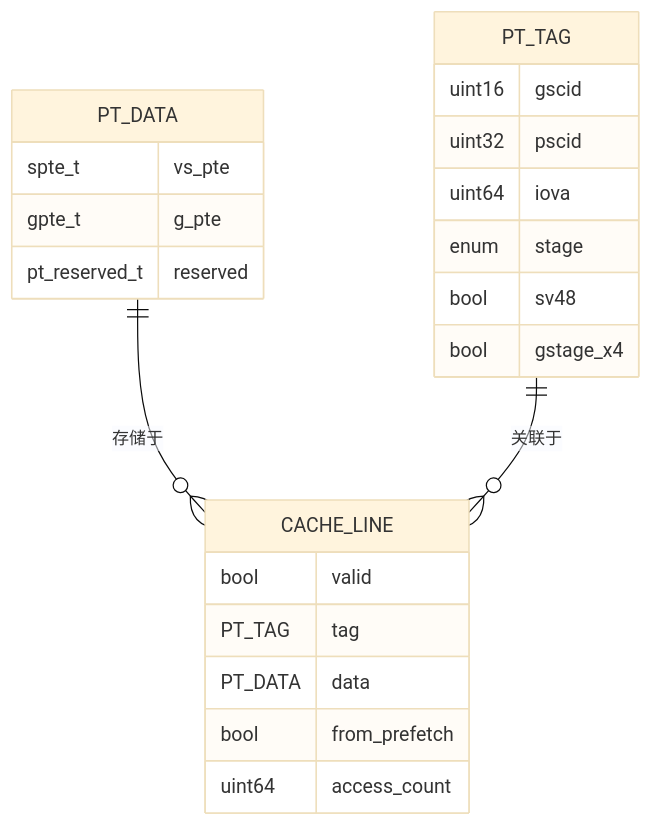
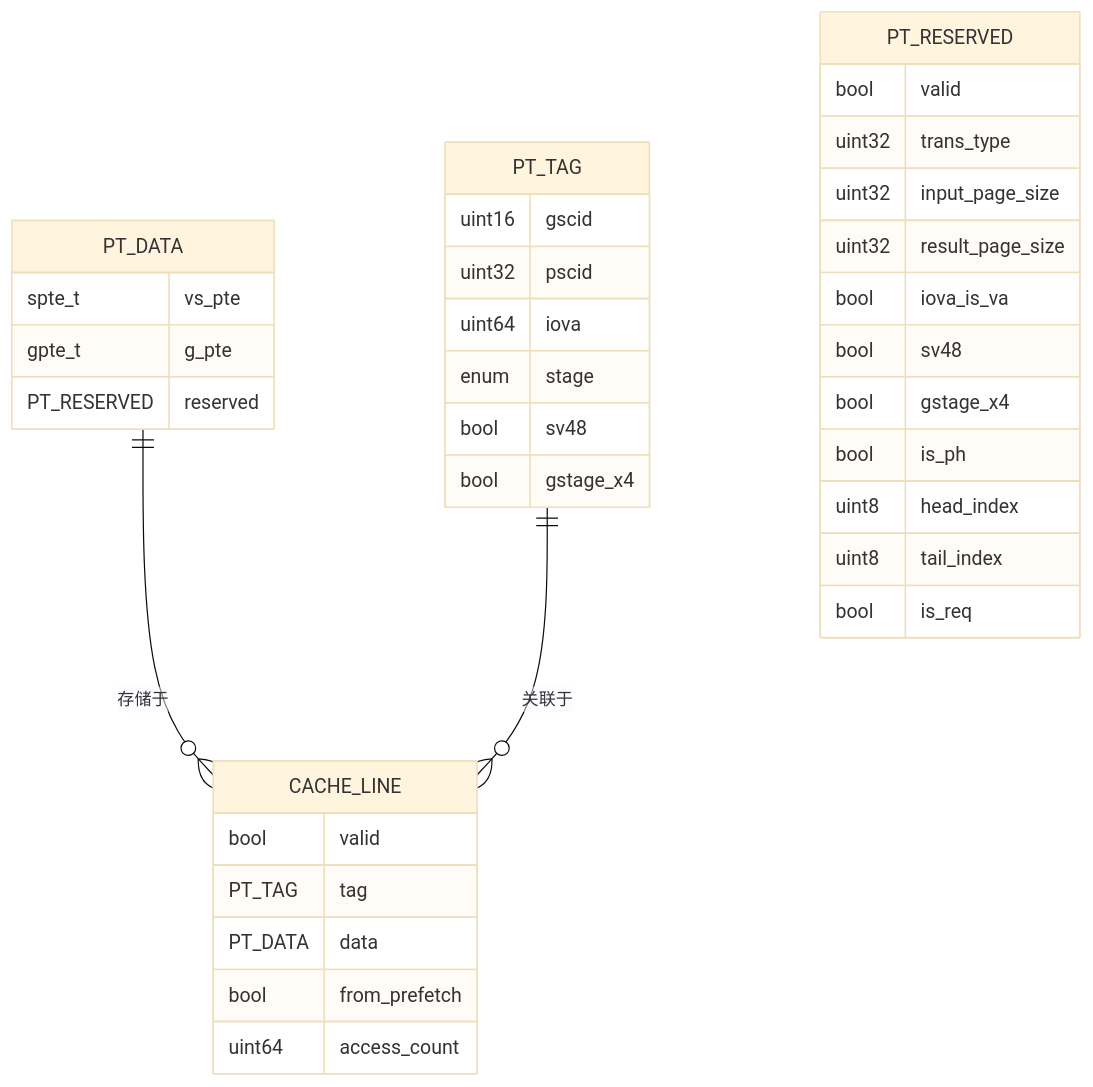
The seventh of 15 diagrams in .qoder/repowiki/zh/content/缓存系统架构/页表缓存(PT Cache)/页表缓存(PT Cache).md (jiangjiang1122/iommu_model_20260401_v1), drawn with Mermaid (base theme) before and after one commit. The commit also changed other lines of this file and 21 other files, not shown here.

````diff
--- a/.qoder/repowiki/zh/content/缓存系统架构/页表缓存(PT Cache)/页表缓存(PT Cache).md
+++ b/.qoder/repowiki/zh/content/缓存系统架构/页表缓存(PT Cache)/页表缓存(PT Cache).md
@@ -393,25 +434,38 @@
 ```mermaid
 erDiagram
 PT_TAG {
 uint16 gscid
 uint32 pscid
 uint64 iova
 enum stage
 bool sv48
 bool gstage_x4
 }
 PT_DATA {
 spte_t vs_pte
 gpte_t g_pte
-pt_reserved_t reserved
+PT_RESERVED reserved
+}
+PT_RESERVED {
+bool valid
+uint32 trans_type
+uint32 input_page_size
+uint32 result_page_size
+bool iova_is_va
+bool sv48
+bool gstage_x4
+bool is_ph
+uint8 head_index
+uint8 tail_index
+bool is_req
 }
 CACHE_LINE {
 bool valid
 PT_TAG tag
 PT_DATA data
 bool from_prefetch
 uint64 access_count
 }
 PT_DATA ||--o{ CACHE_LINE : "存储于"
 PT_TAG ||--o{ CACHE_LINE : "关联于"
 ```
````
